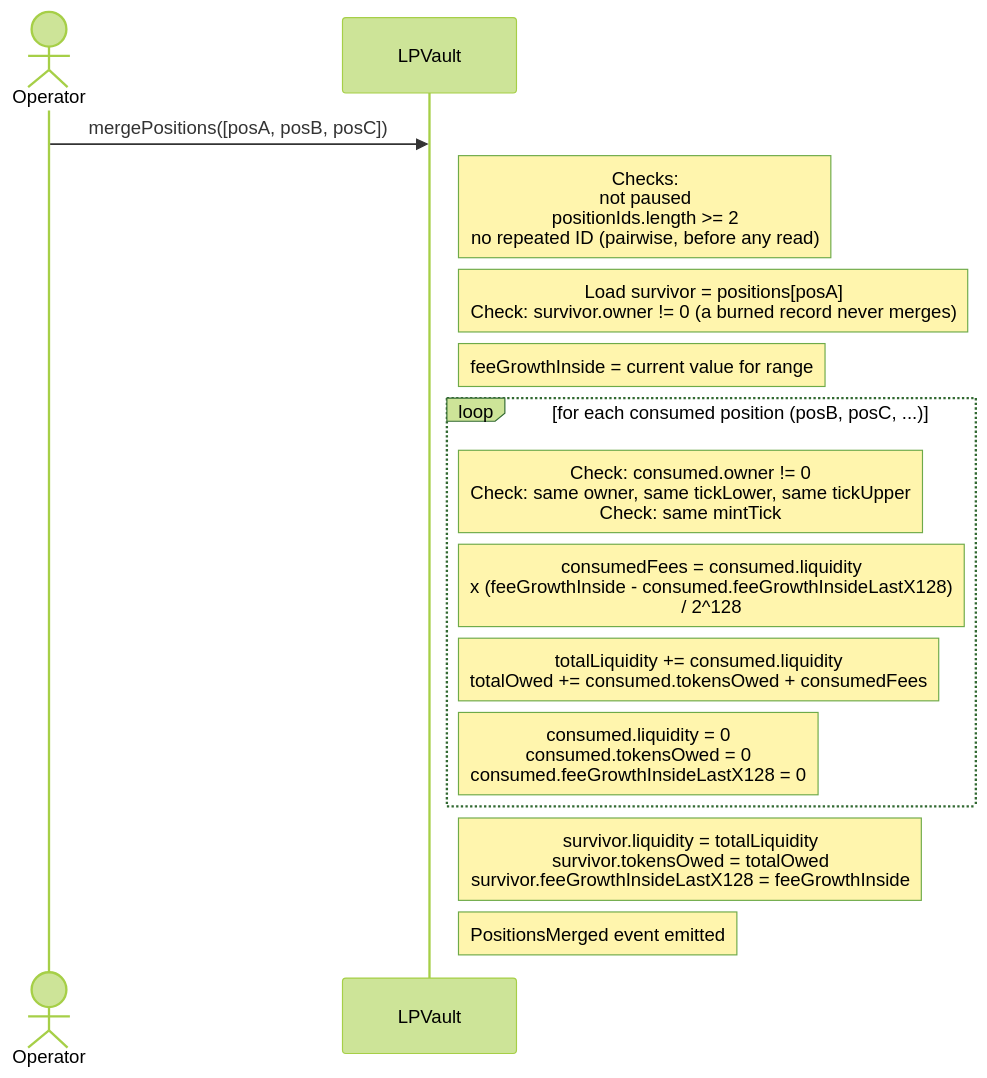
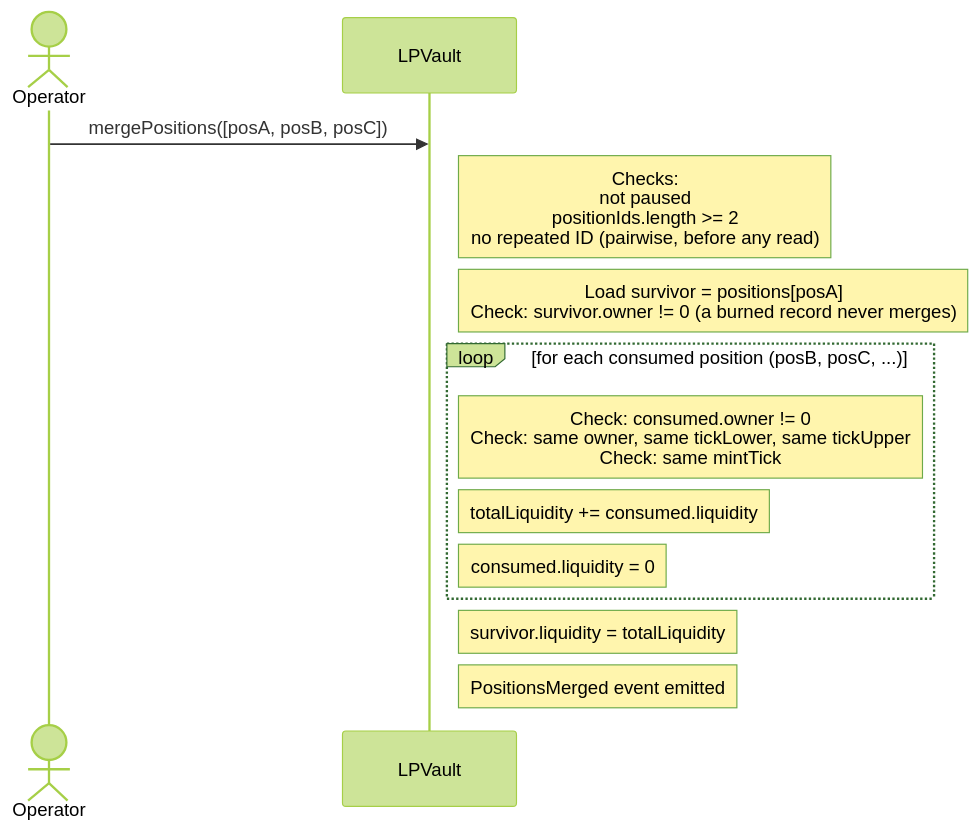
Before and after one commit to ProphetMarket/lp-vaults: diagram 15 of 32 in REFERENCE.md, drawn with Mermaid (forest theme). The commit also changed other lines of this file and 3 other files, not shown here.

````diff
--- a/REFERENCE.md
+++ b/REFERENCE.md
@@ -897,21 +759,19 @@
 ```mermaid
 sequenceDiagram
     actor Operator
     participant Vault as LPVault
 
     Operator->>Vault: mergePositions([posA, posB, posC])
     Note right of Vault: Checks:<br/>not paused<br/>positionIds.length >= 2<br/>no repeated ID (pairwise, before any read)
 
     Note right of Vault: Load survivor = positions[posA]<br/>Check: survivor.owner != 0 (a burned record never merges)
-    Note right of Vault: feeGrowthInside = current value for range
 
     loop for each consumed position (posB, posC, ...)
         Note right of Vault: Check: consumed.owner != 0<br/>Check: same owner, same tickLower, same tickUpper<br/>Check: same mintTick
-        Note right of Vault: consumedFees = consumed.liquidity<br/>    x (feeGrowthInside - consumed.feeGrowthInsideLastX128)<br/>    / 2^128
-        Note right of Vault: totalLiquidity += consumed.liquidity<br/>totalOwed += consumed.tokensOwed + consumedFees
-        Note right of Vault: consumed.liquidity = 0<br/>consumed.tokensOwed = 0<br/>consumed.feeGrowthInsideLastX128 = 0
+        Note right of Vault: totalLiquidity += consumed.liquidity
+        Note right of Vault: consumed.liquidity = 0
     end
 
-    Note right of Vault: survivor.liquidity = totalLiquidity<br/>survivor.tokensOwed = totalOwed<br/>survivor.feeGrowthInsideLastX128 = feeGrowthInside
+    Note right of Vault: survivor.liquidity = totalLiquidity
     Note right of Vault: PositionsMerged event emitted
 ```
````
